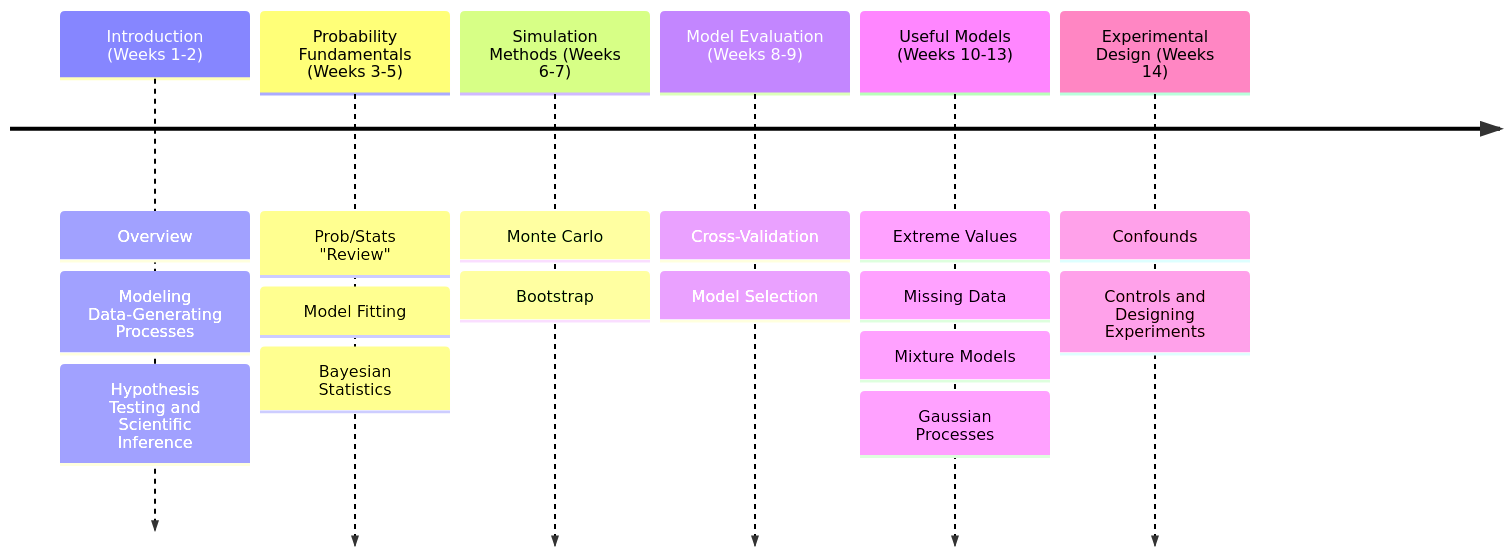
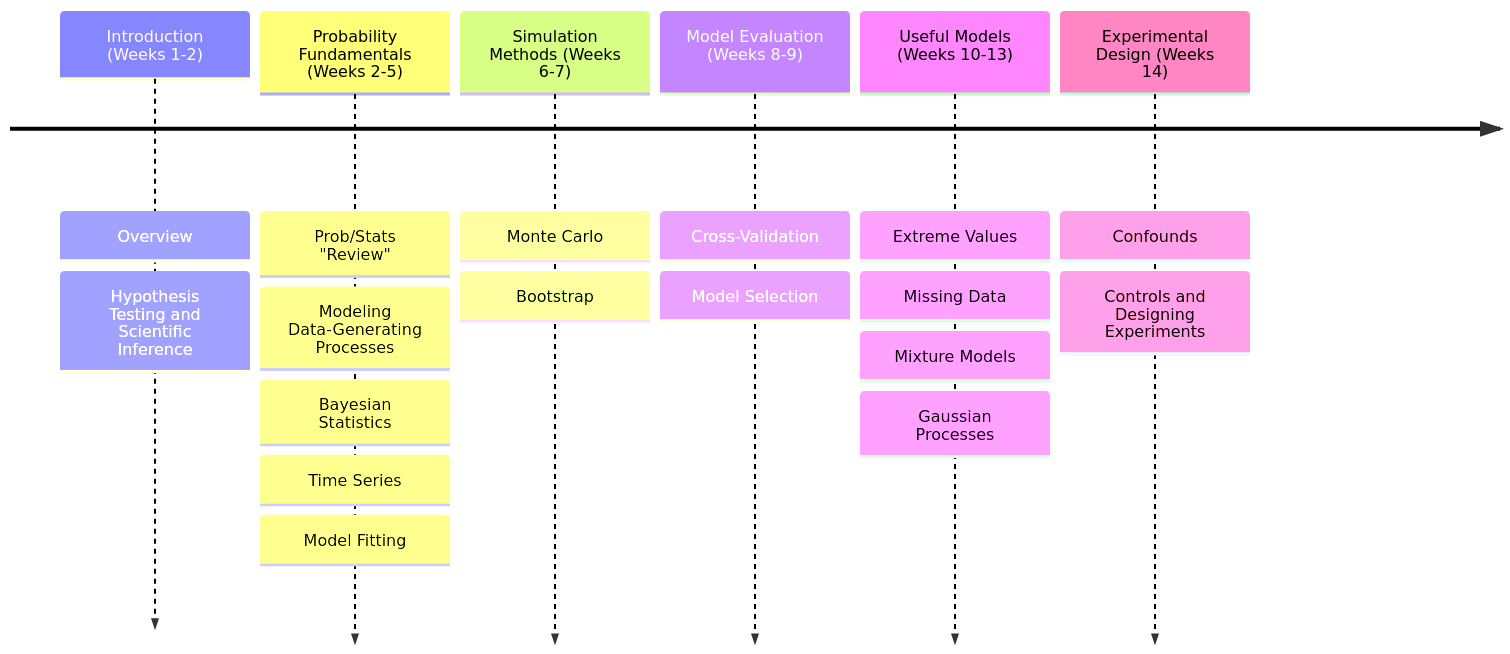
One commit to vsrikrish/simulation-eda changed the diagram in slides/lecture01-1-intro.qmd. Above: the diagram before and after it, drawn with Mermaid. The commit also changed other lines of this file and 6 other files, not shown here.

````diff
--- a/slides/lecture01-1-intro.qmd
+++ b/slides/lecture01-1-intro.qmd
@@ -230,20 +236,21 @@
 ```{mermaid}
 timeline
       Introduction (Weeks 1-2): Overview
-                  : Modeling Data-Generating Processes
                   : Hypothesis Testing and Scientific Inference
-      Probability Fundamentals (Weeks 3-5): Prob/Stats "Review"
-                              : Model Fitting
-                              : Bayesian Statistics
+      Probability Fundamentals (Weeks 2-5): Prob/Stats "Review"
+                                          : Modeling Data-Generating Processes
+                                          : Bayesian Statistics
+                                          : Time Series
+                                          : Model Fitting
       Simulation Methods (Weeks 6-7): Monte Carlo
                                     : Bootstrap
       Model Evaluation (Weeks 8-9): Cross-Validation
                       : Model Selection
       Useful Models (Weeks 10-13): Extreme Values
                                  : Missing Data
                                  : Mixture Models
                                  : Gaussian Processes
       Experimental Design (Weeks 14): Confounds
                                        : Controls and Designing Experiments
 
 ```
````
